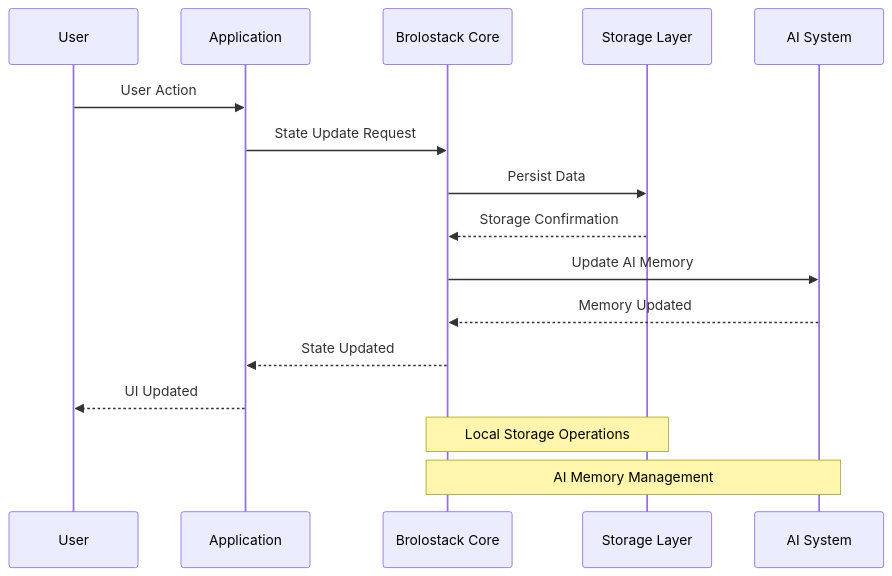
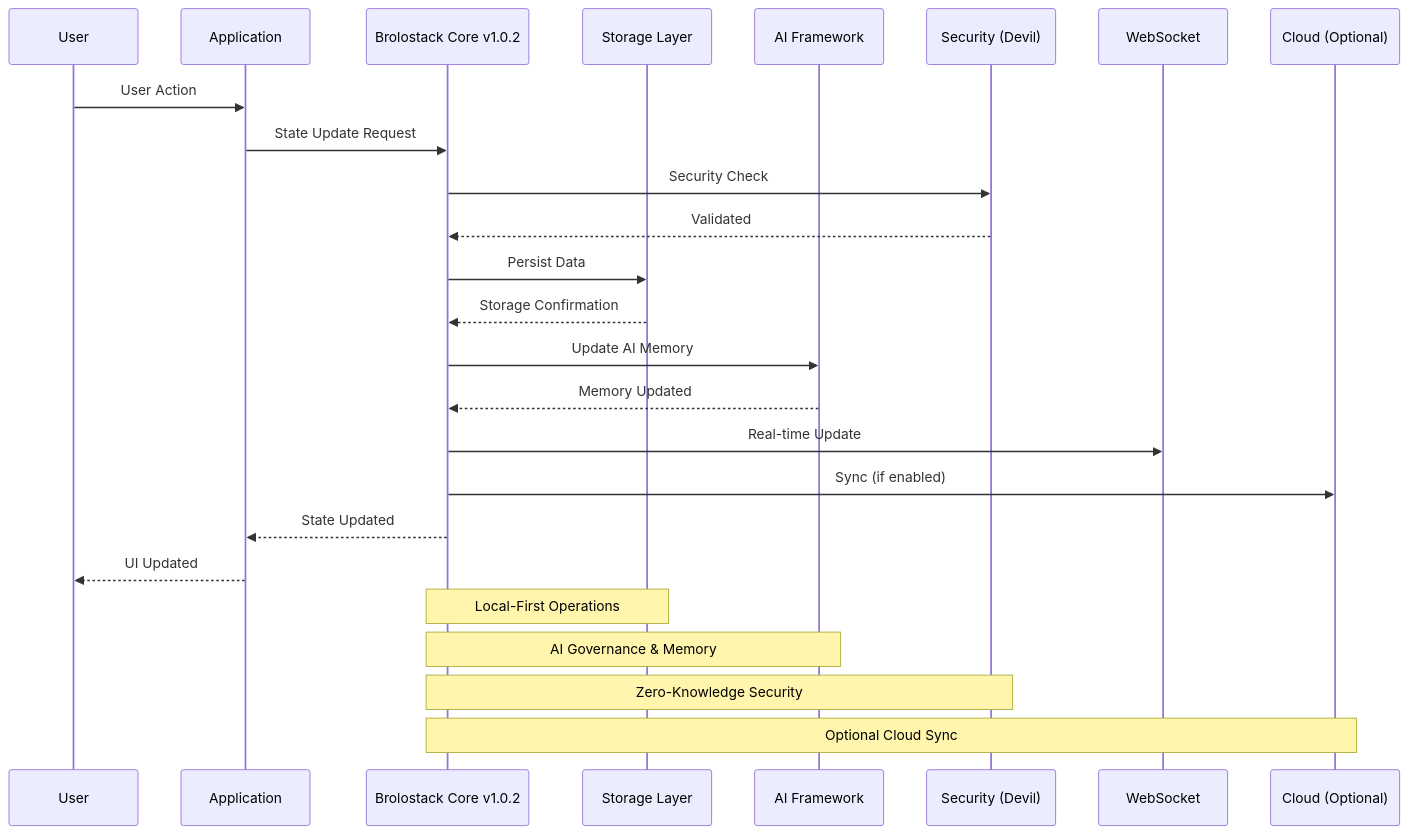
The third of 15 diagrams in README.md (Beunec/brolostack), drawn with Mermaid before and after one commit. The commit also changed other lines of this file and 141 other files, not shown here.

````diff
--- a/README.md
+++ b/README.md
@@ -208,20 +252,29 @@
 ```mermaid
 sequenceDiagram
     participant U as User
     participant A as Application
-    participant B as Brolostack Core
+    participant B as Brolostack Core v1.0.2
     participant S as Storage Layer
-    participant AI as AI System
+    participant AI as AI Framework
+    participant SEC as Security (Devil)
+    participant WS as WebSocket
+    participant CLOUD as Cloud (Optional)
     
     U->>A: User Action
     A->>B: State Update Request
+    B->>SEC: Security Check
+    SEC-->>B: Validated
     B->>S: Persist Data
     S-->>B: Storage Confirmation
     B->>AI: Update AI Memory
     AI-->>B: Memory Updated
+    B->>WS: Real-time Update
+    B->>CLOUD: Sync (if enabled)
     B-->>A: State Updated
     A-->>U: UI Updated
     
-    Note over B,S: Local Storage Operations
-    Note over B,AI: AI Memory Management
+    Note over B,S: Local-First Operations
+    Note over B,AI: AI Governance & Memory
+    Note over B,SEC: Zero-Knowledge Security
+    Note over B,CLOUD: Optional Cloud Sync
 ```
````
